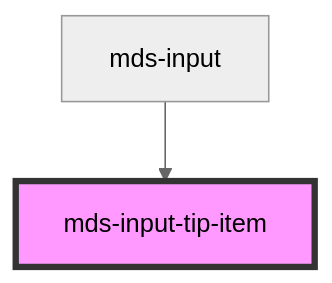
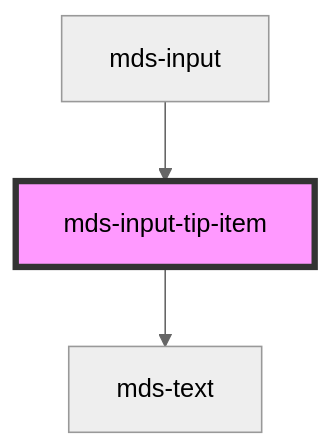
The diagram in projects/stencil/src/components/mds-input-tip-item/readme.md (magma-design-system/magma), drawn with Mermaid (neutral theme) before and after one commit. The commit also changed other lines of this file and 17 other files, not shown here.

Commit message:
feat(mds-input-tip): add component to input

````diff
--- a/projects/stencil/src/components/mds-input-tip-item/readme.md
+++ b/projects/stencil/src/components/mds-input-tip-item/readme.md
@@ -22,5 +27,6 @@
 ```mermaid
 graph TD;
+  mds-input-tip-item --> mds-text
   mds-input --> mds-input-tip-item
   style mds-input-tip-item fill:#f9f,stroke:#333,stroke-width:4px
 ```
````
